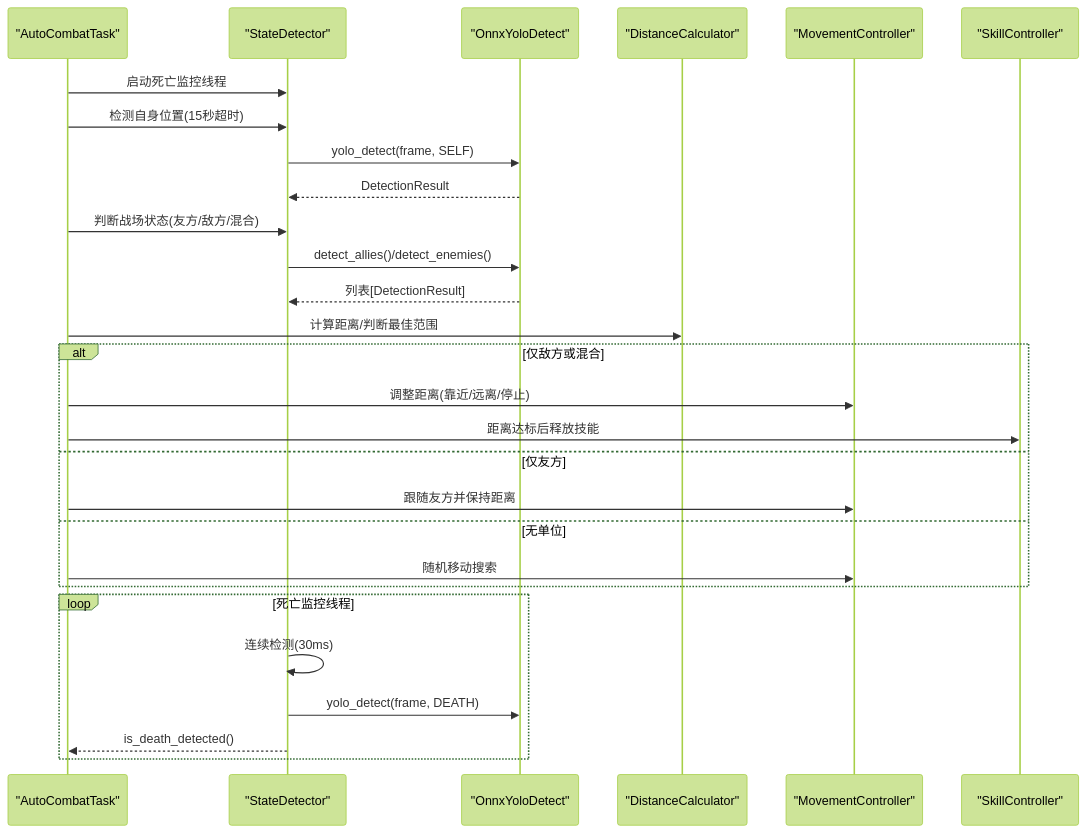
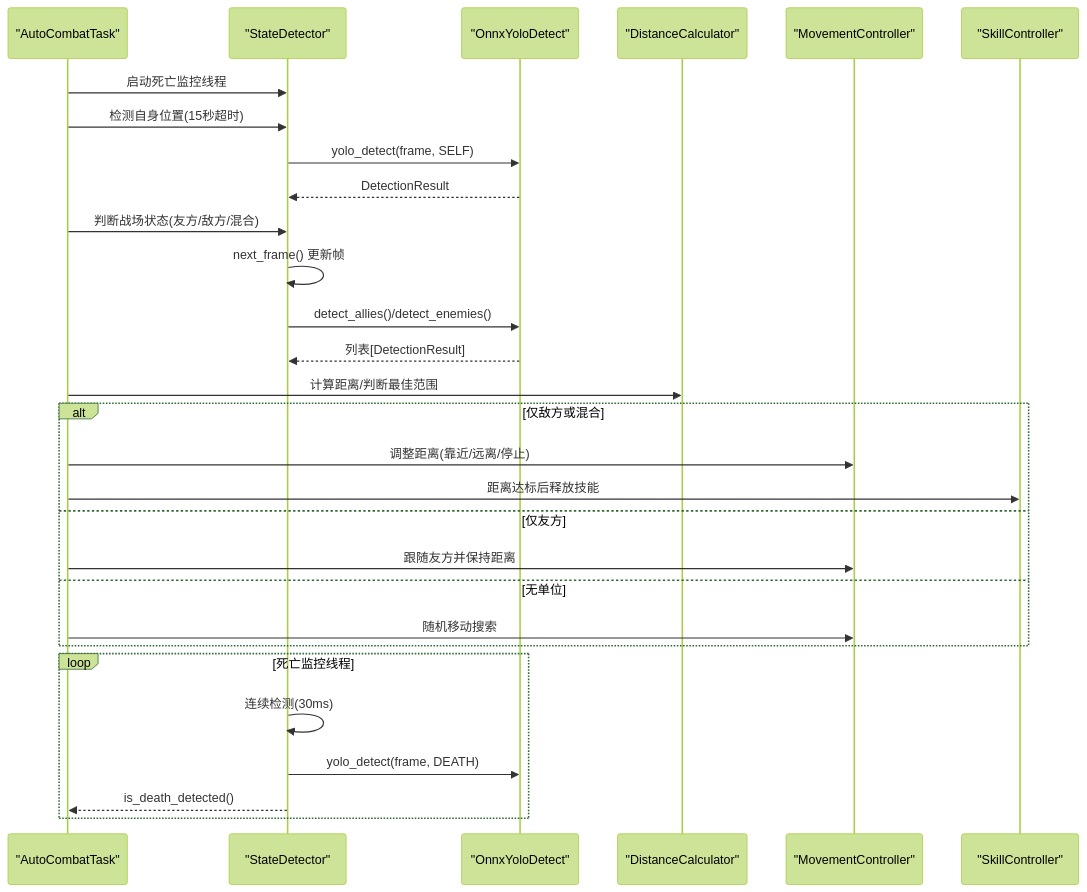
One commit to xsy098-max/ok-jump changed the second of 5 diagrams in .qoder/repowiki/zh/content/战斗系统/战斗状态检测器.md. Above: the diagram before and after it, drawn with Mermaid (forest theme). The commit also changed other lines of this file and 15 other files, not shown here.

````diff
--- a/.qoder/repowiki/zh/content/战斗系统/战斗状态检测器.md
+++ b/.qoder/repowiki/zh/content/战斗系统/战斗状态检测器.md
@@ -128,30 +135,31 @@
 ```mermaid
 sequenceDiagram
 participant Task as "AutoCombatTask"
 participant Detector as "StateDetector"
 participant YOLO as "OnnxYoloDetect"
 participant Dist as "DistanceCalculator"
 participant Move as "MovementController"
 participant Skill as "SkillController"
 Task->>Detector : 启动死亡监控线程
 Task->>Detector : 检测自身位置(15秒超时)
 Detector->>YOLO : yolo_detect(frame, SELF)
 YOLO-->>Detector : DetectionResult
 Task->>Detector : 判断战场状态(友方/敌方/混合)
+Detector->>Detector : next_frame() 更新帧
 Detector->>YOLO : detect_allies()/detect_enemies()
 YOLO-->>Detector : 列表[DetectionResult]
 Task->>Dist : 计算距离/判断最佳范围
 alt 仅敌方或混合
 Task->>Move : 调整距离(靠近/远离/停止)
 Task->>Skill : 距离达标后释放技能
 else 仅友方
 Task->>Move : 跟随友方并保持距离
 else 无单位
 Task->>Move : 随机移动搜索
 end
 loop 死亡监控线程
 Detector->>Detector : 连续检测(30ms)
 Detector->>YOLO : yolo_detect(frame, DEATH)
 Detector-->>Task : is_death_detected()
 end
 ```
````
